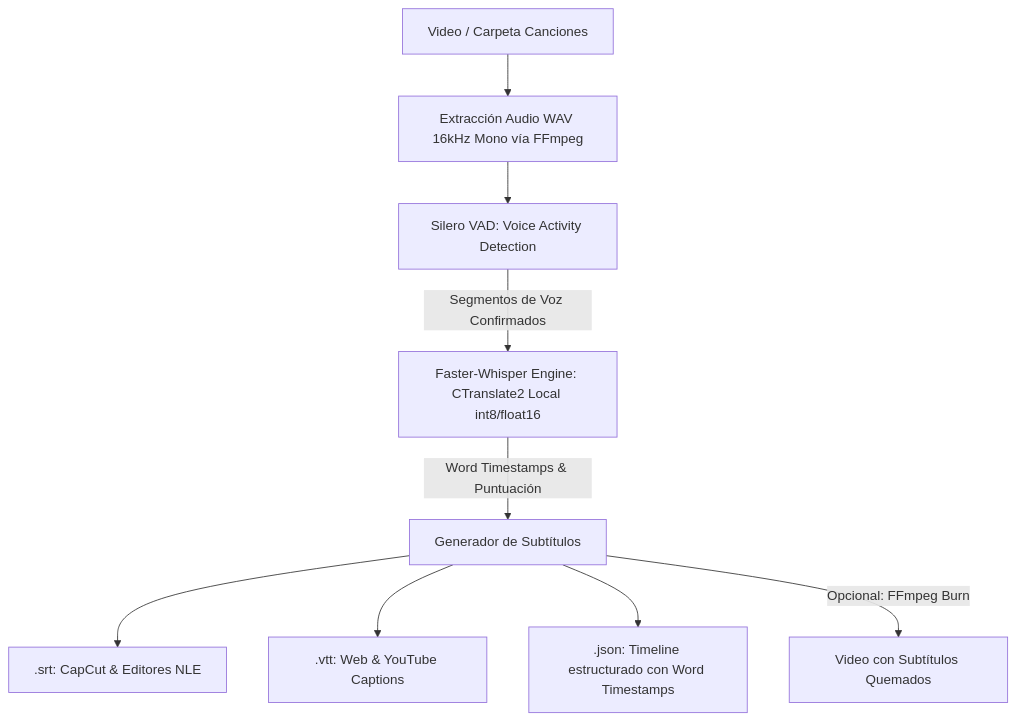
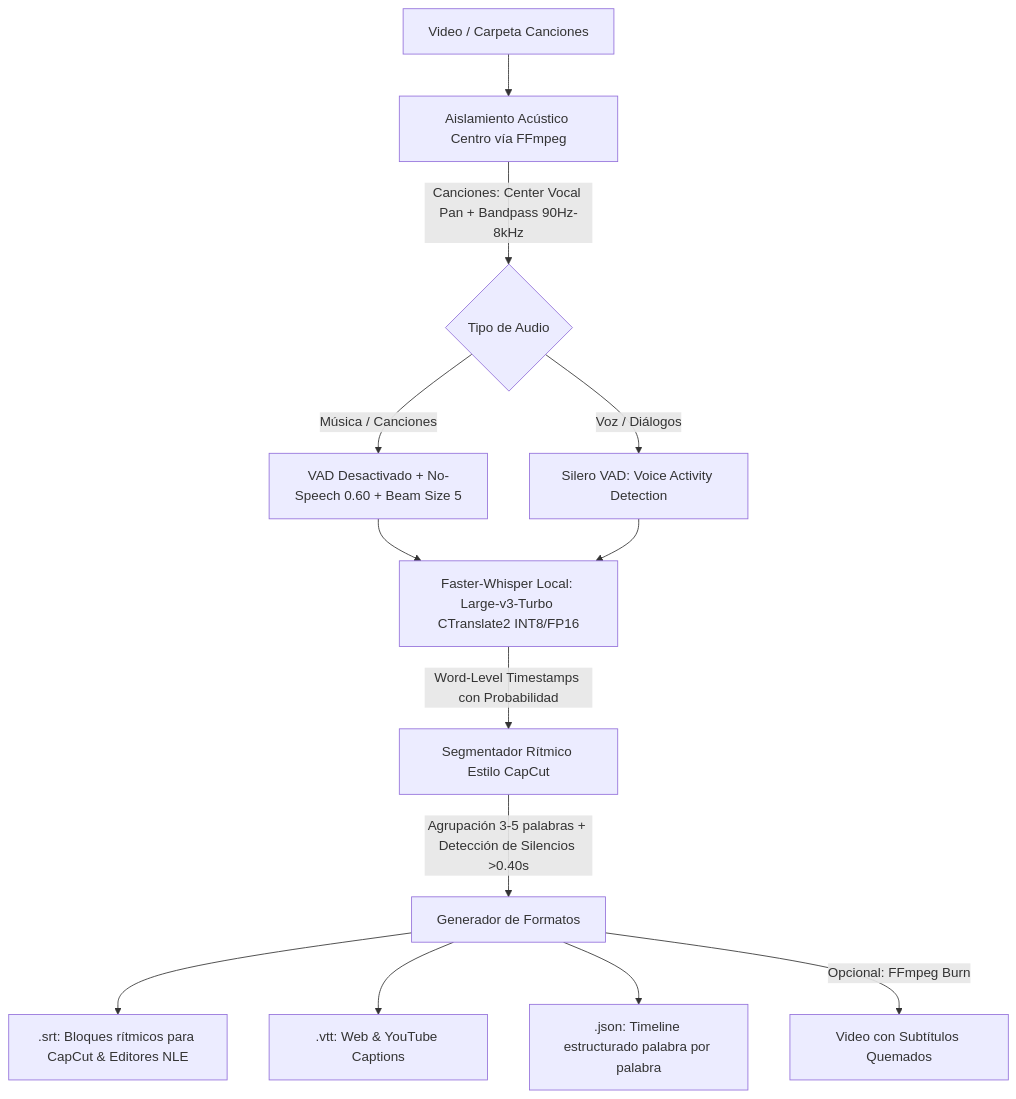
Before and after one commit to ma730dev/AutoProdAI: the diagram in docs/features/subtitles_whisper/ficha_tecnica.md, drawn with Mermaid. The commit also changed other lines of this file and 4 other files, not shown here.

````diff
--- a/docs/features/subtitles_whisper/ficha_tecnica.md
+++ b/docs/features/subtitles_whisper/ficha_tecnica.md
@@ -11,11 +11,15 @@
 ```mermaid
 flowchart TD
-    A[Video / Carpeta Canciones] --> B[Extracción Audio WAV 16kHz Mono vía FFmpeg]
-    B --> C[Silero VAD: Voice Activity Detection]
-    C -->|Segmentos de Voz Confirmados| D[Faster-Whisper Engine: CTranslate2 Local int8/float16]
-    D -->|Word Timestamps & Puntuación| E[Generador de Subtítulos]
-    E --> F1[.srt: CapCut & Editores NLE]
-    E --> F2[.vtt: Web & YouTube Captions]
-    E --> F3[.json: Timeline estructurado con Word Timestamps]
-    E -->|Opcional: FFmpeg Burn| G[Video con Subtítulos Quemados]
+    A[Video / Carpeta Canciones] --> B[Aislamiento Acústico Centro vía FFmpeg]
+    B -->|Canciones: Center Vocal Pan + Bandpass 90Hz-8kHz| C{Tipo de Audio}
+    C -->|Música / Canciones| D1[VAD Desactivado + No-Speech 0.60 + Beam Size 5]
+    C -->|Voz / Diálogos| D2[Silero VAD: Voice Activity Detection]
+    D1 --> E[Faster-Whisper Local: Large-v3-Turbo CTranslate2 INT8/FP16]
+    D2 --> E
+    E -->|Word-Level Timestamps con Probabilidad| F[Segmentador Rítmico Estilo CapCut]
+    F -->|Agrupación 3-5 palabras + Detección de Silencios >0.40s| G[Generador de Formatos]
+    G --> H1[.srt: Bloques rítmicos para CapCut & Editores NLE]
+    G --> H2[.vtt: Web & YouTube Captions]
+    G --> H3[.json: Timeline estructurado palabra por palabra]
+    G -->|Opcional: FFmpeg Burn| I[Video con Subtítulos Quemados]
 ```
````
